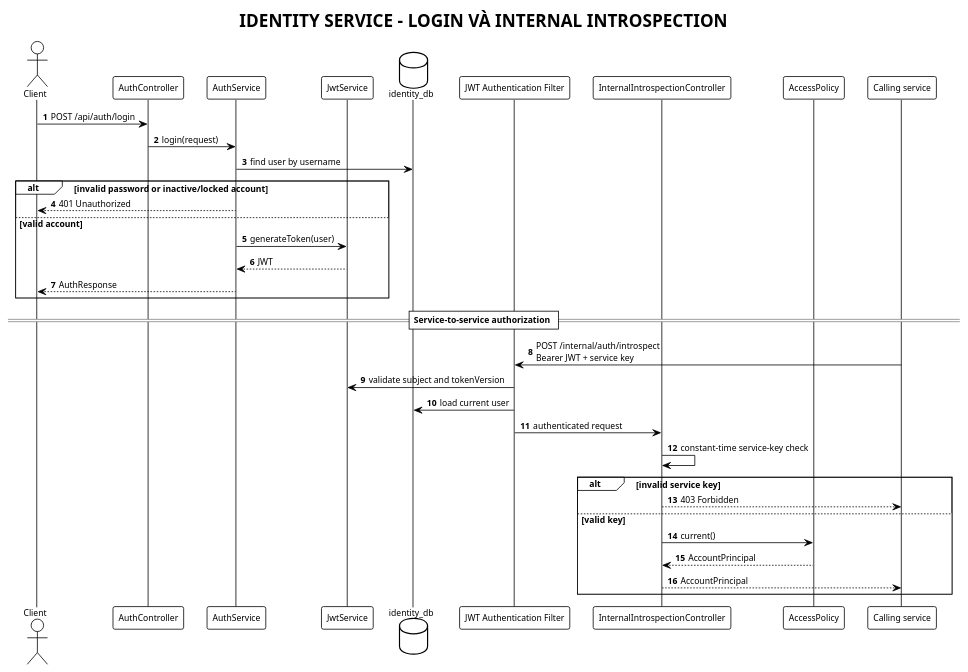
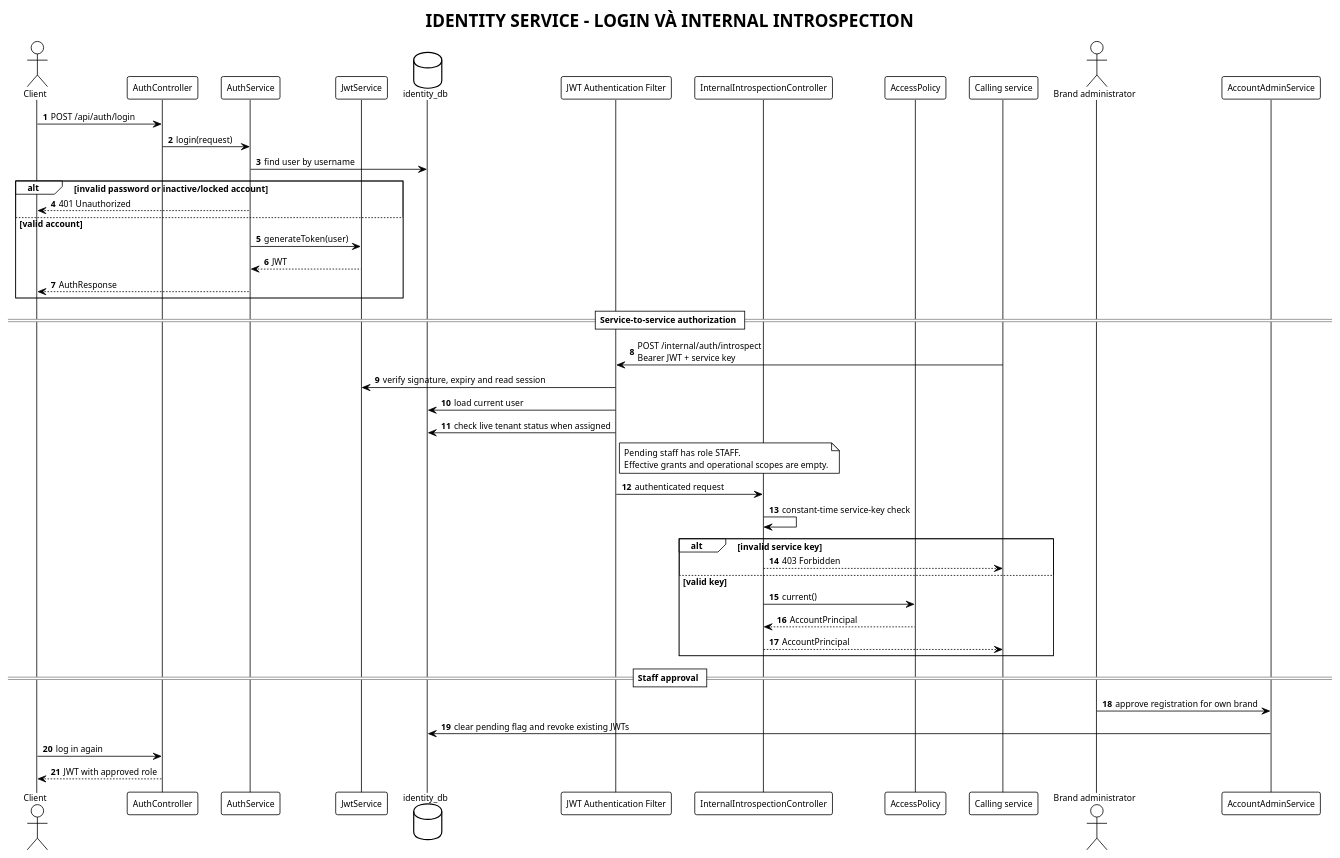
One commit to phuoc523/reportDevelopingOOPsoftware changed the diagram in architecture/identity-service/sequence-diagram.puml. Above: the diagram before and after it, drawn with PlantUML. The commit also changed 33 other files, not shown here.

```diff
--- a/architecture/identity-service/sequence-diagram.puml
+++ b/architecture/identity-service/sequence-diagram.puml
@@ -1,45 +1,58 @@
 @startuml identity-sequence-diagram
 !theme plain
 autonumber
 skinparam responseMessageBelowArrow true
 skinparam defaultFontName Arial
 skinparam defaultFontSize 11
 
 title IDENTITY SERVICE - LOGIN VÀ INTERNAL INTROSPECTION
 
 actor Client
 participant AuthController
 participant AuthService
 participant JwtService
 database identity_db as DB
 participant "JWT Authentication Filter" as JwtFilter
 participant "InternalIntrospectionController" as Internal
 participant AccessPolicy
 participant "Calling service" as Caller
 
 Client -> AuthController : POST /api/auth/login
 AuthController -> AuthService : login(request)
 AuthService -> DB : find user by username
 alt invalid password or inactive/locked account
   AuthService --> Client : 401 Unauthorized
 else valid account
   AuthService -> JwtService : generateToken(user)
   JwtService --> AuthService : JWT
   AuthService --> Client : AuthResponse
 end
 
 == Service-to-service authorization ==
 Caller -> JwtFilter : POST /internal/auth/introspect\nBearer JWT + service key
-JwtFilter -> JwtService : validate subject and tokenVersion
+JwtFilter -> JwtService : verify signature, expiry and read session
 JwtFilter -> DB : load current user
+JwtFilter -> DB : check live tenant status when assigned
+note right of JwtFilter
+Pending staff has role STAFF.
+Effective grants and operational scopes are empty.
+end note
 JwtFilter -> Internal : authenticated request
 Internal -> Internal : constant-time service-key check
 alt invalid service key
   Internal --> Caller : 403 Forbidden
 else valid key
   Internal -> AccessPolicy : current()
   AccessPolicy --> Internal : AccountPrincipal
   Internal --> Caller : AccountPrincipal
 end
 
+== Staff approval ==
+actor "Brand administrator" as Admin
+participant "AccountAdminService" as Accounts
+Admin -> Accounts : approve registration for own brand
+Accounts -> DB : clear pending flag and revoke existing JWTs
+Client -> AuthController : log in again
+AuthController --> Client : JWT with approved role
+
 @enduml
```
